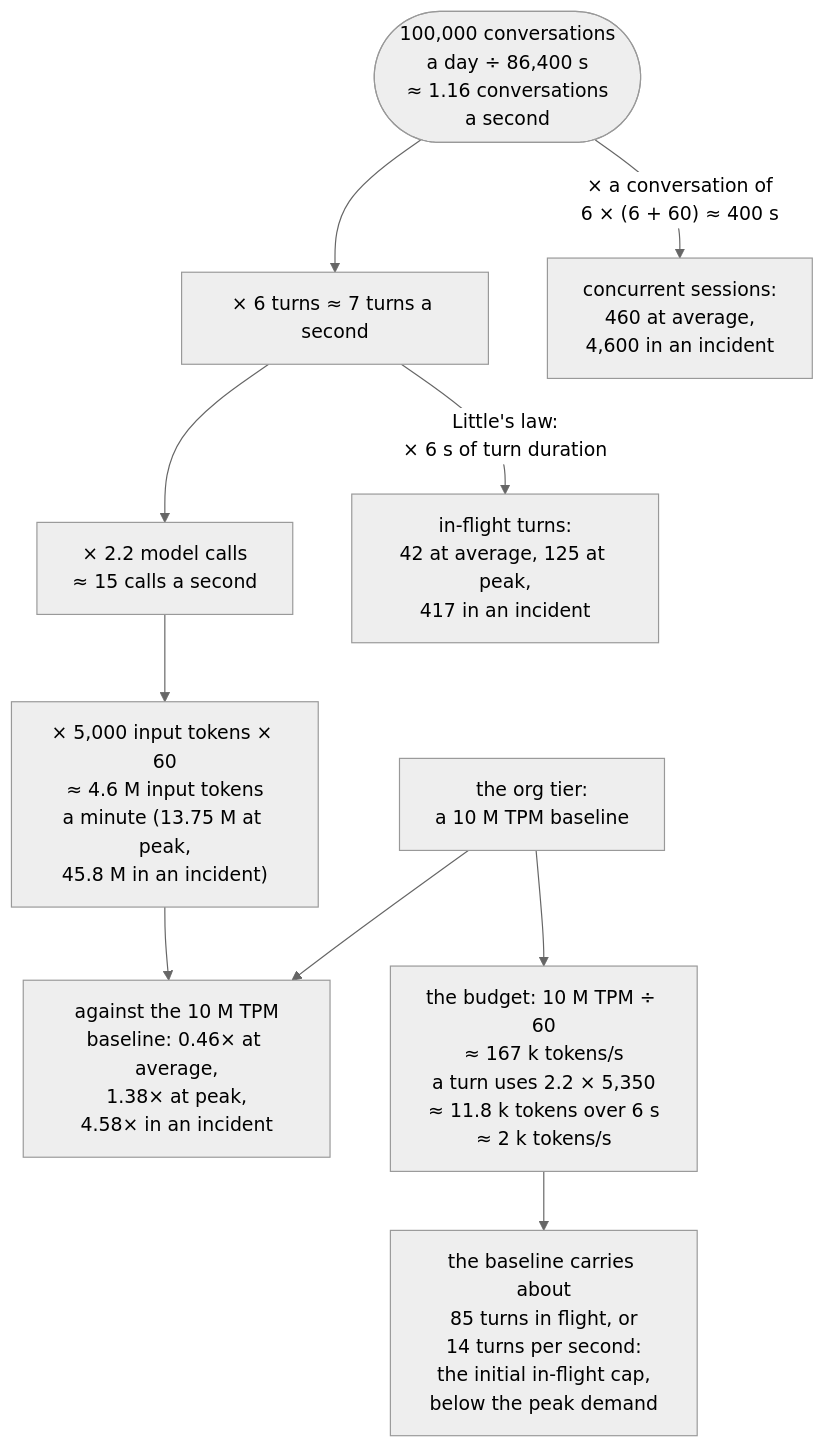
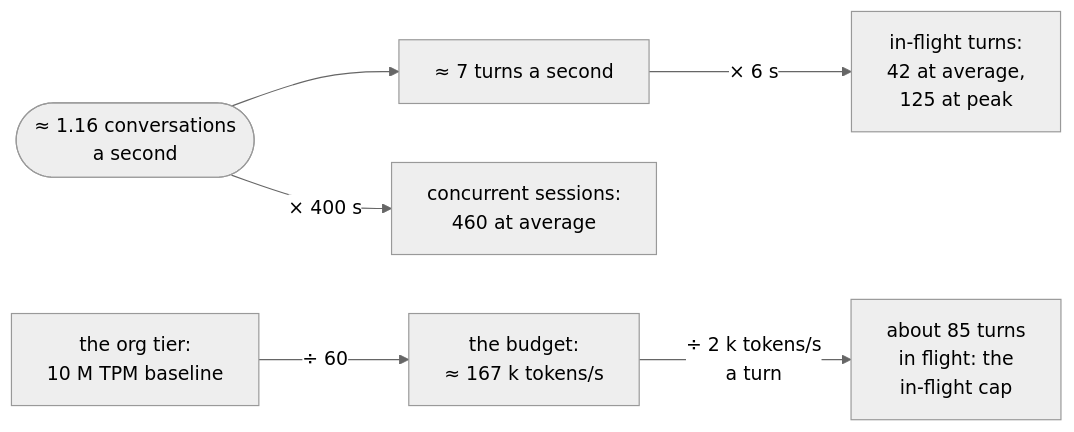
The second of 5 diagrams in 06-gateway/scaling-admission-cost/agentic-scaling-lab/docs/01-scaling-primer.md (aniryou/full-stack-agentic-engineer), drawn with Mermaid (neutral theme) before and after one commit. The commit also changed other lines of this file and 105 other files, not shown here.

````diff
--- a/06-gateway/scaling-admission-cost/agentic-scaling-lab/docs/01-scaling-primer.md
+++ b/06-gateway/scaling-admission-cost/agentic-scaling-lab/docs/01-scaling-primer.md
@@ -213,12 +224,8 @@
 ```mermaid
-flowchart TB
-    C(["100,000 conversations<br/>a day ÷ 86,400 s<br/>≈ 1.16 conversations<br/>a second"]) --> T["× 6 turns ≈ 7 turns a second"]
-    T --> M["× 2.2 model calls<br/>≈ 15 calls a second"]
-    M --> TPM["× 5,000 input tokens × 60<br/>≈ 4.6 M input tokens<br/>a minute (13.75 M at peak,<br/>45.8 M in an incident)"]
-    TPM --> CMP["against the 10 M TPM<br/>baseline: 0.46× at average,<br/>1.38× at peak,<br/>4.58× in an incident"]
-    BASE["the org tier:<br/>a 10 M TPM baseline"] --> CMP
-    BASE --> B["the budget: 10 M TPM ÷ 60<br/>≈ 167 k tokens/s<br/>a turn uses 2.2 × 5,350<br/>≈ 11.8 k tokens over 6 s<br/>≈ 2 k tokens/s"]
-    B --> CAP["the baseline carries about<br/>85 turns in flight, or<br/>14 turns per second:<br/>the initial in-flight cap,<br/>below the peak demand"]
-    T -- "Little's law:<br/>× 6 s of turn duration" --> IF["in-flight turns:<br/>42 at average, 125 at peak,<br/>417 in an incident"]
-    C -- "× a conversation of<br/>6 × (6 + 60) ≈ 400 s" --> S["concurrent sessions:<br/>460 at average,<br/>4,600 in an incident"]
+flowchart LR
+    C(["≈ 1.16 conversations<br/>a second"]) --> T["≈ 7 turns a second"]
+    T -- "× 6 s" --> IF["in-flight turns:<br/>42 at average,<br/>125 at peak"]
+    C -- "× 400 s" --> S["concurrent sessions:<br/>460 at average"]
+    BASE["the org tier:<br/>10 M TPM baseline"] -- "÷ 60" --> B["the budget:<br/>≈ 167 k tokens/s"]
+    B -- "÷ 2 k tokens/s<br/>a turn" --> CAP["about 85 turns<br/>in flight: the<br/>in-flight cap"]
 ```
````
